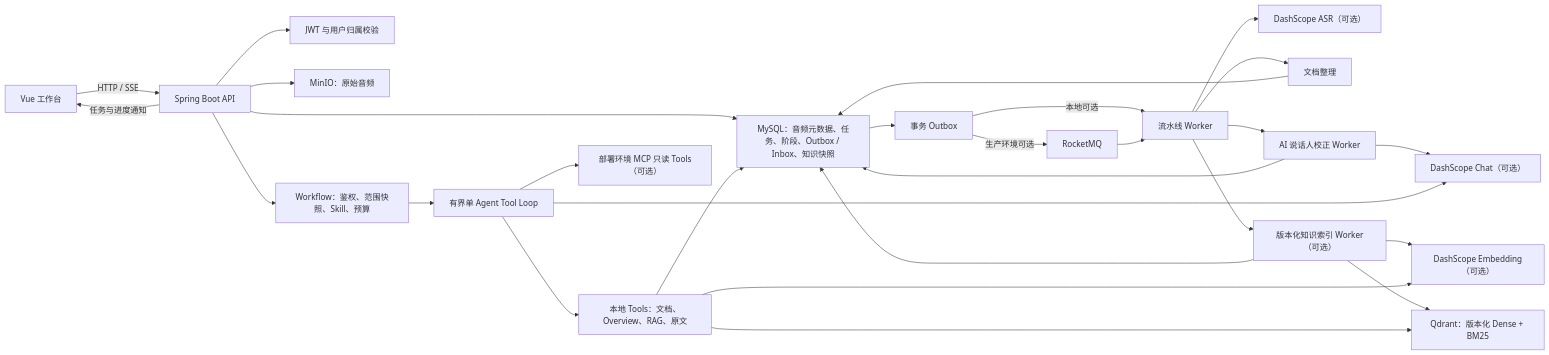
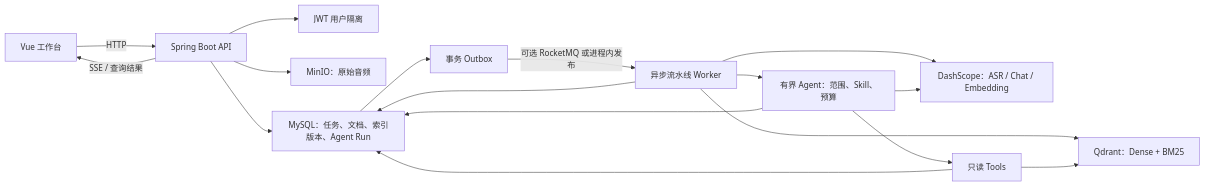
The diagram in README.md (normalform3/voice-note), drawn with Mermaid before and after one commit. The commit also changed other lines of this file and 2 other files, not shown here.

````diff
--- a/README.md
+++ b/README.md
@@ -37,33 +96,21 @@
-```mermaid
+~~~mermaid
 flowchart LR
-    Browser["Vue 工作台"] -->|"HTTP / SSE"| Api["Spring Boot API"]
-    Api --> Auth["JWT 与用户归属校验"]
-    Api --> Mysql["MySQL：音频元数据、任务、阶段、Outbox / Inbox、知识快照"]
-    Api --> Storage["MinIO：原始音频"]
+    Browser["Vue 工作台"] -->|"HTTP"| Api["Spring Boot API"]
+    Api -->|"SSE / 查询结果"| Browser
+    Api --> Auth["JWT 用户隔离"]
+    Api --> Minio["MinIO：原始音频"]
+    Api --> Mysql["MySQL：任务、文档、索引版本、Agent Run"]
 
     Mysql --> Outbox["事务 Outbox"]
-    Outbox -->|"生产环境可选"| Mq["RocketMQ"]
-    Outbox -->|"本地可选"| Workers["流水线 Worker"]
-    Mq --> Workers
+    Outbox -->|"可选 RocketMQ 或进程内发布"| Workers["异步流水线 Worker"]
+    Workers --> Models["DashScope：ASR / Chat / Embedding"]
+    Workers --> Mysql
+    Workers --> Qdrant["Qdrant：Dense + BM25"]
+    Workers --> Agent["有界 Agent：范围、Skill、预算"]
 
-    Workers --> Asr["DashScope ASR（可选）"]
-    Workers --> Organizer["文档整理"]
-    Organizer --> Mysql
-    Workers --> Corrector["AI 说话人校正 Worker"]
-    Corrector --> Mysql
-    Workers --> Indexer["版本化知识索引 Worker（可选）"]
-    Indexer --> Mysql
-    Indexer --> Embed["DashScope Embedding（可选）"]
-    Indexer --> Qdrant["Qdrant：版本化 Dense + BM25"]
-
-    Api --> Workflow["Workflow：鉴权、范围快照、Skill、预算"]
-    Workflow --> Agent["有界单 Agent Tool Loop"]
-    Agent --> Search["本地 Tools：文档、Overview、RAG、原文"]
-    Agent --> Mcp["部署环境 MCP 只读 Tools（可选）"]
-    Search --> Embed
-    Search --> Qdrant
-    Search --> Mysql
-    Corrector --> Chat
-    Agent --> Chat["DashScope Chat（可选）"]
-    Api -->|"任务与进度通知"| Browser
-```
+    Agent --> Tools["只读 Tools"]
+    Tools --> Mysql
+    Tools --> Qdrant
+    Agent --> Models
+    Agent --> Mysql
+~~~
````
